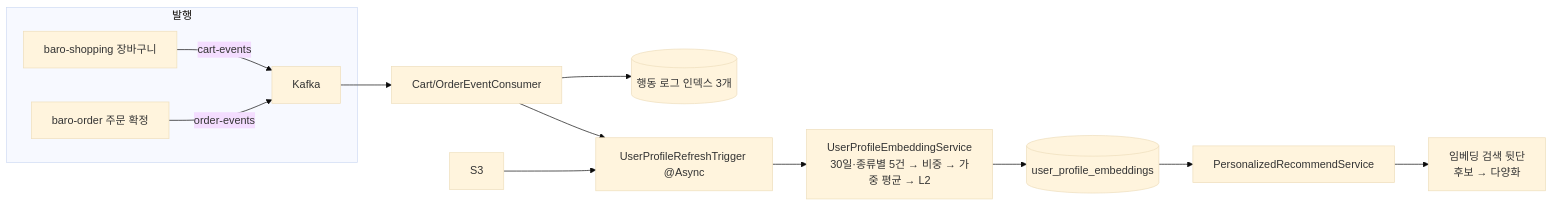
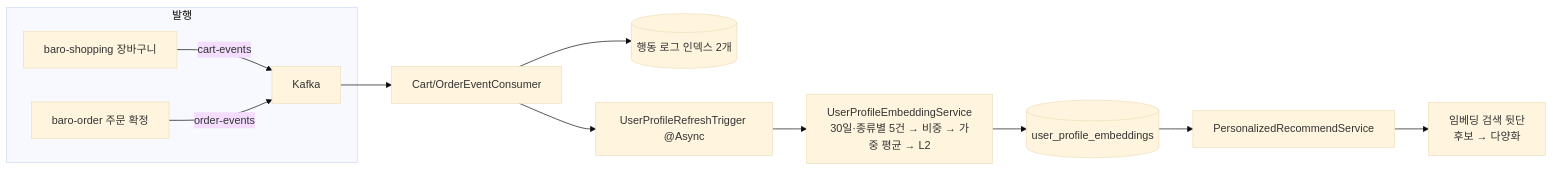
One commit to chhezue/baro-farm changed the diagram in baro-ai/docs/features/taste-vector.md. Above: the diagram before and after it, drawn with Mermaid (base theme). The commit also changed other lines of this file and 3 other files, not shown here.

````diff
--- a/baro-ai/docs/features/taste-vector.md
+++ b/baro-ai/docs/features/taste-vector.md
@@ -24,13 +24,12 @@
 ```mermaid
 flowchart LR
     subgraph 발행
         S1[baro-shopping 장바구니] -->|cart-events| K
         S2[baro-order 주문 확정] -->|order-events| K
     end
-    K[Kafka] --> C[Cart/OrderEventConsumer] --> L[(행동 로그 인덱스 3개)]
+    K[Kafka] --> C[Cart/OrderEventConsumer] --> L[(행동 로그 인덱스 2개)]
     C --> T[UserProfileRefreshTrigger @Async]
-    S3 --> T
     T --> P[UserProfileEmbeddingService<br/>30일·종류별 5건 → 비중 → 가중 평균 → L2]
     P --> D[(user_profile_embeddings)]
     D --> R[PersonalizedRecommendService] --> V[임베딩 검색 뒷단<br/>후보 → 다양화]
 ```
````
